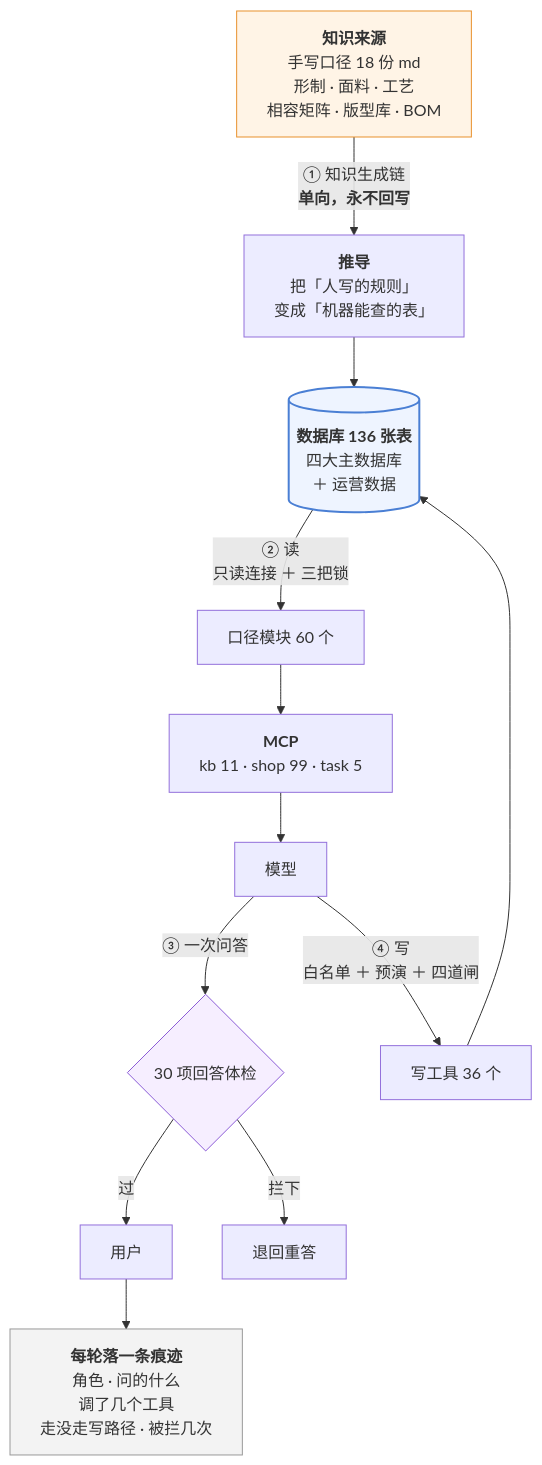
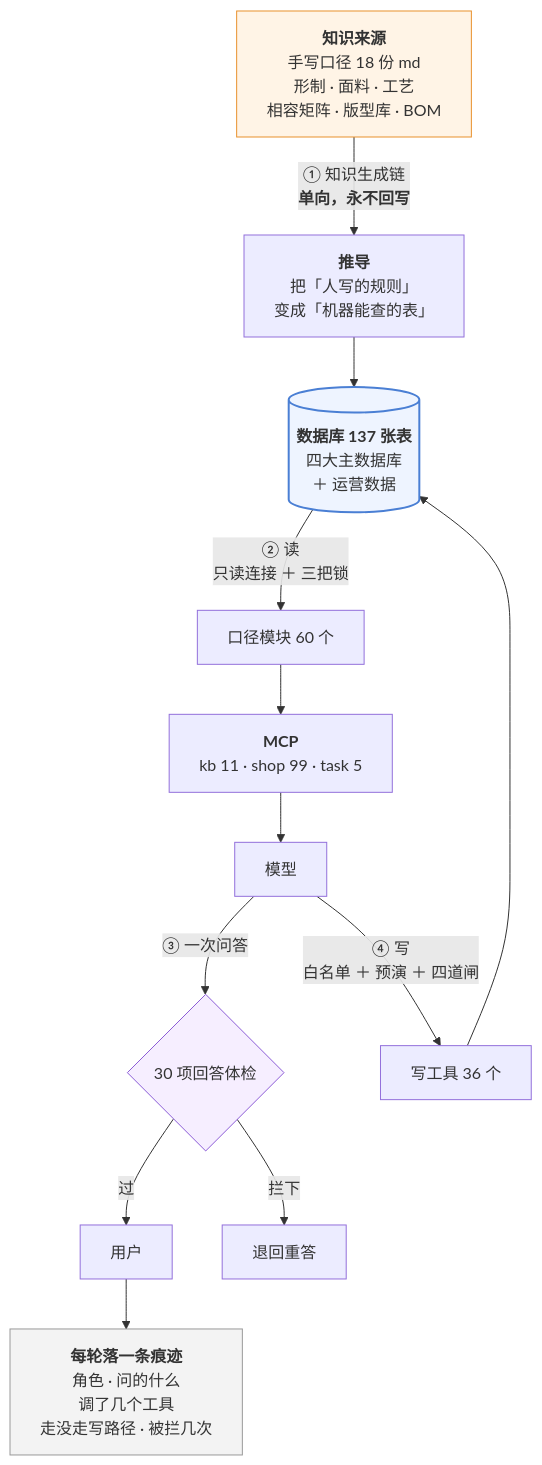
Before and after one commit to 843773296-rgb/lanxiu-yunshang-agent: the third of 3 diagrams in 澜绣云裳agent-产品说明.md, drawn with Mermaid. The commit also changed other lines of this file and 3 other files, not shown here.

````diff
--- a/澜绣云裳agent-产品说明.md
+++ b/澜绣云裳agent-产品说明.md
@@ -1159,24 +1159,24 @@
 ```mermaid
 flowchart TD
     MD["<b>知识来源</b><br/>手写口径 18 份 md<br/>形制 · 面料 · 工艺<br/>相容矩阵 · 版型库 · BOM"]
     MD -->|"① 知识生成链<br/><b>单向，永不回写</b>"| DV["<b>推导</b><br/>把「人写的规则」<br/>变成「机器能查的表」"]
-    DV --> DB[("<b>数据库 136 张表</b><br/>四大主数据库<br/>＋ 运营数据")]
+    DV --> DB[("<b>数据库 137 张表</b><br/>四大主数据库<br/>＋ 运营数据")]
 
     DB -->|"② 读<br/>只读连接 ＋ 三把锁"| KJ["口径模块 60 个"]
     KJ --> MCP["<b>MCP</b><br/>kb 11 · shop 99 · task 5"]
     MCP --> LLM["模型"]
 
     LLM -->|"③ 一次问答"| GD{"30 项回答体检"}
     GD -- 过 --> U["用户"]
     GD -- 拦下 --> RE["退回重答"]
 
     LLM -->|"④ 写<br/>白名单 ＋ 预演 ＋ 四道闸"| W["写工具 36 个"]
     W --> DB
 
     U --> TR["<b>每轮落一条痕迹</b><br/>角色 · 问的什么<br/>调了几个工具<br/>走没走写路径 · 被拦几次"]
 
     style MD fill:#fff4e6,stroke:#e8912d
     style DB fill:#eef4ff,stroke:#4a7fd4,stroke-width:2px
     style GD fill:#f6eeff,stroke:#8b5cd6
     style TR fill:#f3f3f3,stroke:#999
 ```
````
